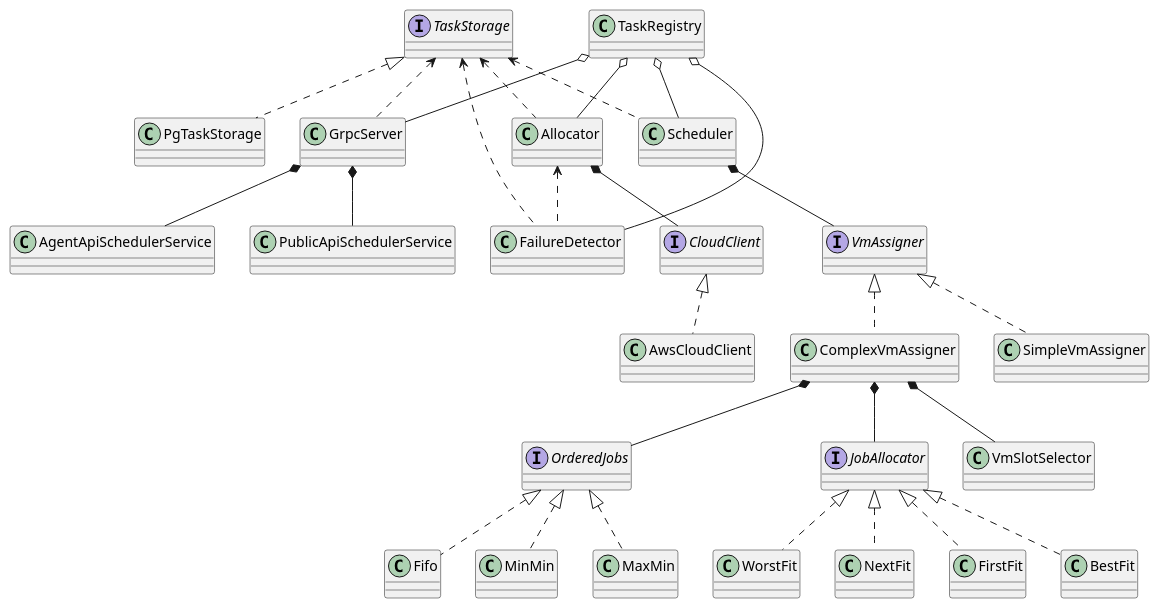
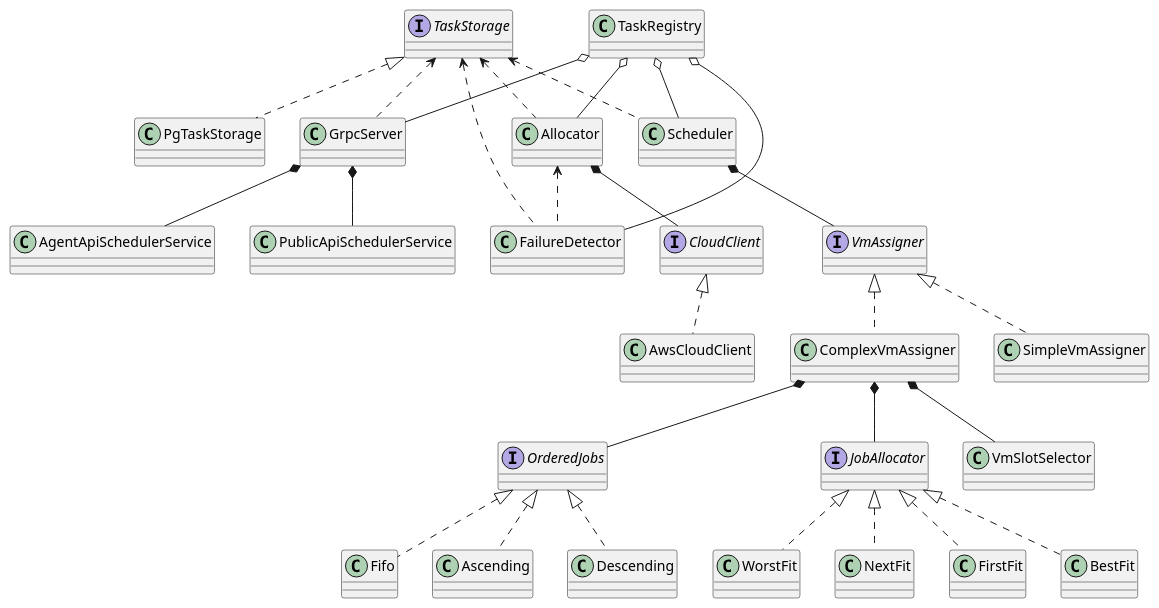
One commit to yutsareva/vm-scheduler changed the diagram in docs/uml-diagrams/classes.puml. Above: the diagram before and after it, drawn with PlantUML. The commit also changed 15 other files, not shown here.

```diff
--- a/docs/uml-diagrams/classes.puml
+++ b/docs/uml-diagrams/classes.puml
@@ -1,59 +1,59 @@
 @startuml
 
 interface TaskStorage
 class PgTaskStorage
 TaskStorage <|.. PgTaskStorage
 
 class Allocator
 interface CloudClient
 class AwsCloudClient
 
 Allocator *-- CloudClient
 CloudClient <|.. AwsCloudClient
 TaskStorage <.. Allocator
 
 class Scheduler
 interface VmAssigner
 interface OrderedJobs
 class Fifo
-class MinMin
-class MaxMin
+class Ascending
+class Descending
 interface JobAllocator
 class BestFit
 class WorstFit
 class NextFit
 class FirstFit
 
 Scheduler *-- VmAssigner
 TaskStorage <.. Scheduler
 VmAssigner <|.. SimpleVmAssigner
 VmAssigner <|.. ComplexVmAssigner
 ComplexVmAssigner *-- OrderedJobs
 OrderedJobs <|.. Fifo
-OrderedJobs <|.. MinMin
-OrderedJobs <|.. MaxMin
+OrderedJobs <|.. Ascending
+OrderedJobs <|.. Descending
 ComplexVmAssigner *-- JobAllocator
 JobAllocator <|.. BestFit
 JobAllocator <|.. WorstFit
 JobAllocator <|.. NextFit
 JobAllocator <|.. FirstFit
 ComplexVmAssigner *-- VmSlotSelector
 
 class FailureDetector
 Allocator <.. FailureDetector
 TaskStorage <.. FailureDetector
 
 class GrpcServer
 class AgentApiSchedulerService
 class PublicApiSchedulerService
 TaskStorage <.. GrpcServer
 GrpcServer *-- AgentApiSchedulerService
 GrpcServer *-- PublicApiSchedulerService
 
 class TaskRegistry
 TaskRegistry o-- Allocator
 TaskRegistry o-- GrpcServer
 TaskRegistry o-- Scheduler
 TaskRegistry o-- FailureDetector
 
 @enduml
```
